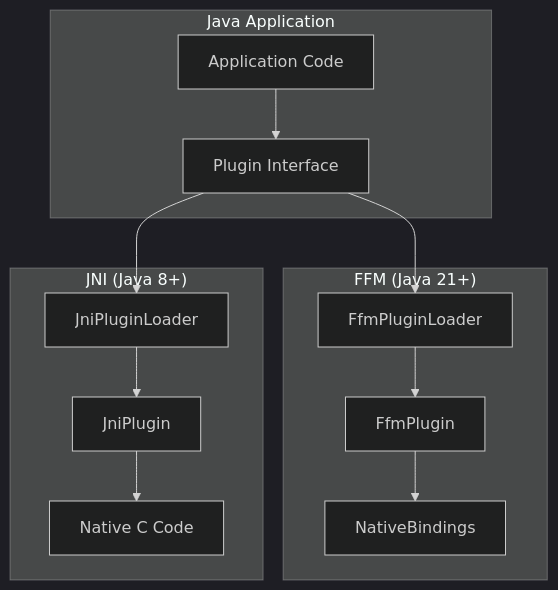
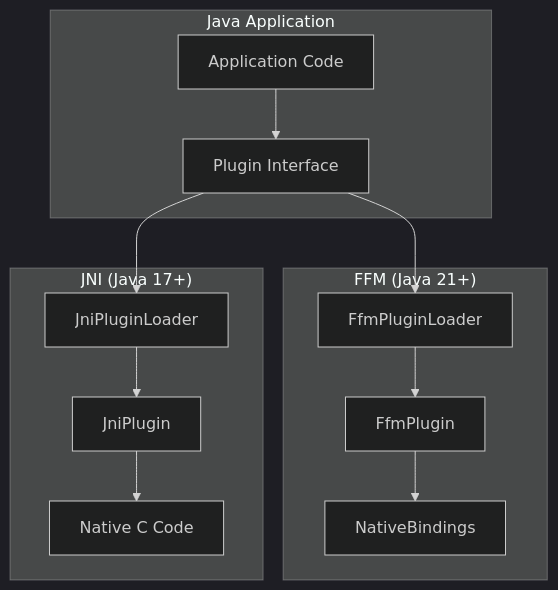
One commit to jrobhoward/rustbridge changed the ninth of 10 diagrams in docs/ARCHITECTURE.md. Above: the diagram before and after it, drawn with Mermaid (dark theme). The commit also changed 18 other files, not shown here.

````diff
--- a/docs/ARCHITECTURE.md
+++ b/docs/ARCHITECTURE.md
@@ -423,25 +423,25 @@
 ```mermaid
 flowchart TB
     subgraph Java["Java Application"]
         APP[Application Code]
         PI[Plugin Interface]
     end
 
     subgraph FFM["FFM (Java 21+)"]
         FL[FfmPluginLoader]
         FP[FfmPlugin]
         NB[NativeBindings]
     end
 
-    subgraph JNI["JNI (Java 8+)"]
+    subgraph JNI["JNI (Java 17+)"]
         JL[JniPluginLoader]
         JP[JniPlugin]
         NC[Native C Code]
     end
 
     APP --> PI
     PI --> FL
     PI --> JL
     FL --> FP --> NB
     JL --> JP --> NC
 ```
````
